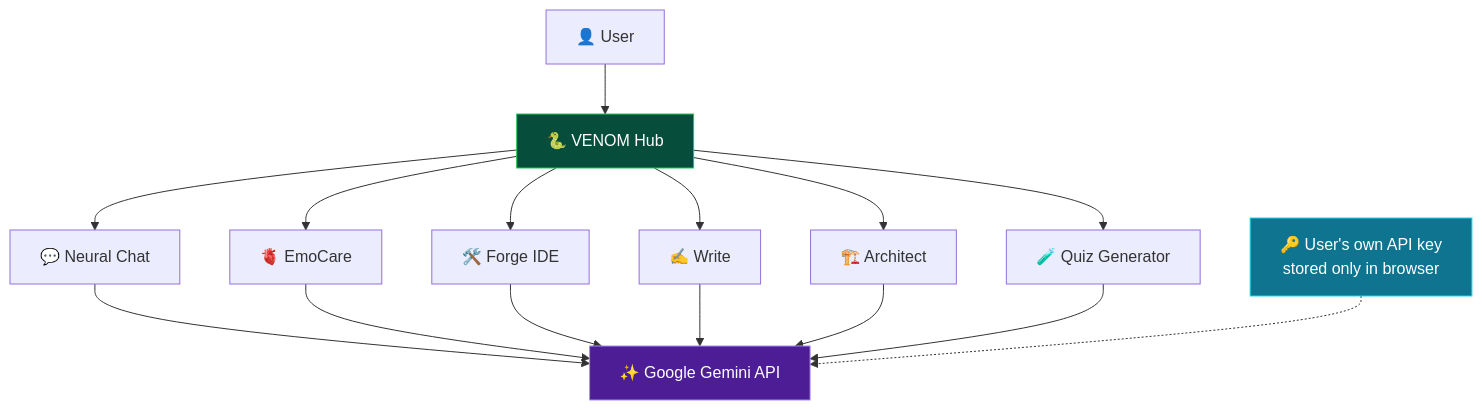
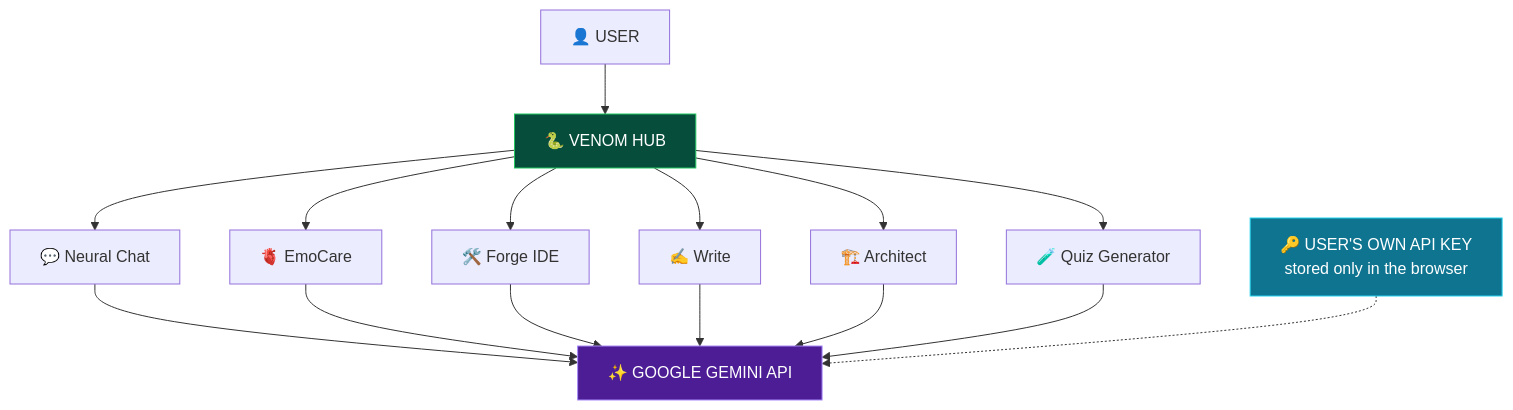
One commit to Krishgoyal31/Krishgoyal31 changed the fourth of 5 diagrams in README.md. Above: the diagram before and after it, drawn with Mermaid. The commit also changed other lines of this file, not shown here.

````diff
--- a/README.md
+++ b/README.md
@@ -139,15 +296,15 @@
 ```mermaid
 flowchart TD
-    U["👤 User"] --> H["🐍 VENOM Hub"]
+    U["👤 USER"] --> H["🐍 VENOM HUB"]
     H --> M1["💬 Neural Chat"]
     H --> M2["🫀 EmoCare"]
     H --> M3["🛠️ Forge IDE"]
     H --> M4["✍️ Write"]
     H --> M5["🏗️ Architect"]
     H --> M6["🧪 Quiz Generator"]
-    M1 & M2 & M3 & M4 & M5 & M6 --> G["✨ Google Gemini API"]
-    K["🔑 User's own API key<br/>stored only in browser"] -.-> G
+    M1 & M2 & M3 & M4 & M5 & M6 --> G["✨ GOOGLE GEMINI API"]
+    K["🔑 USER'S OWN API KEY<br/>stored only in the browser"] -.-> G
     style H fill:#064E3B,stroke:#22C55E,color:#fff
     style G fill:#4C1D95,stroke:#A78BFA,color:#fff
     style K fill:#0E7490,stroke:#22D3EE,color:#fff
 ```
````
